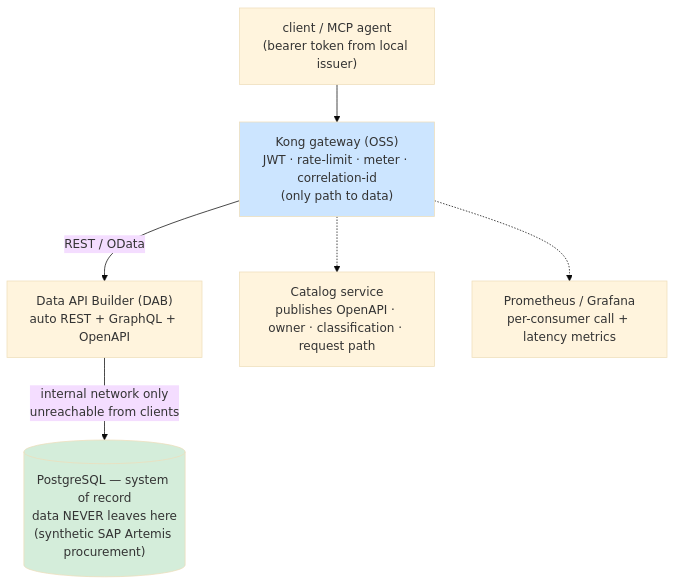
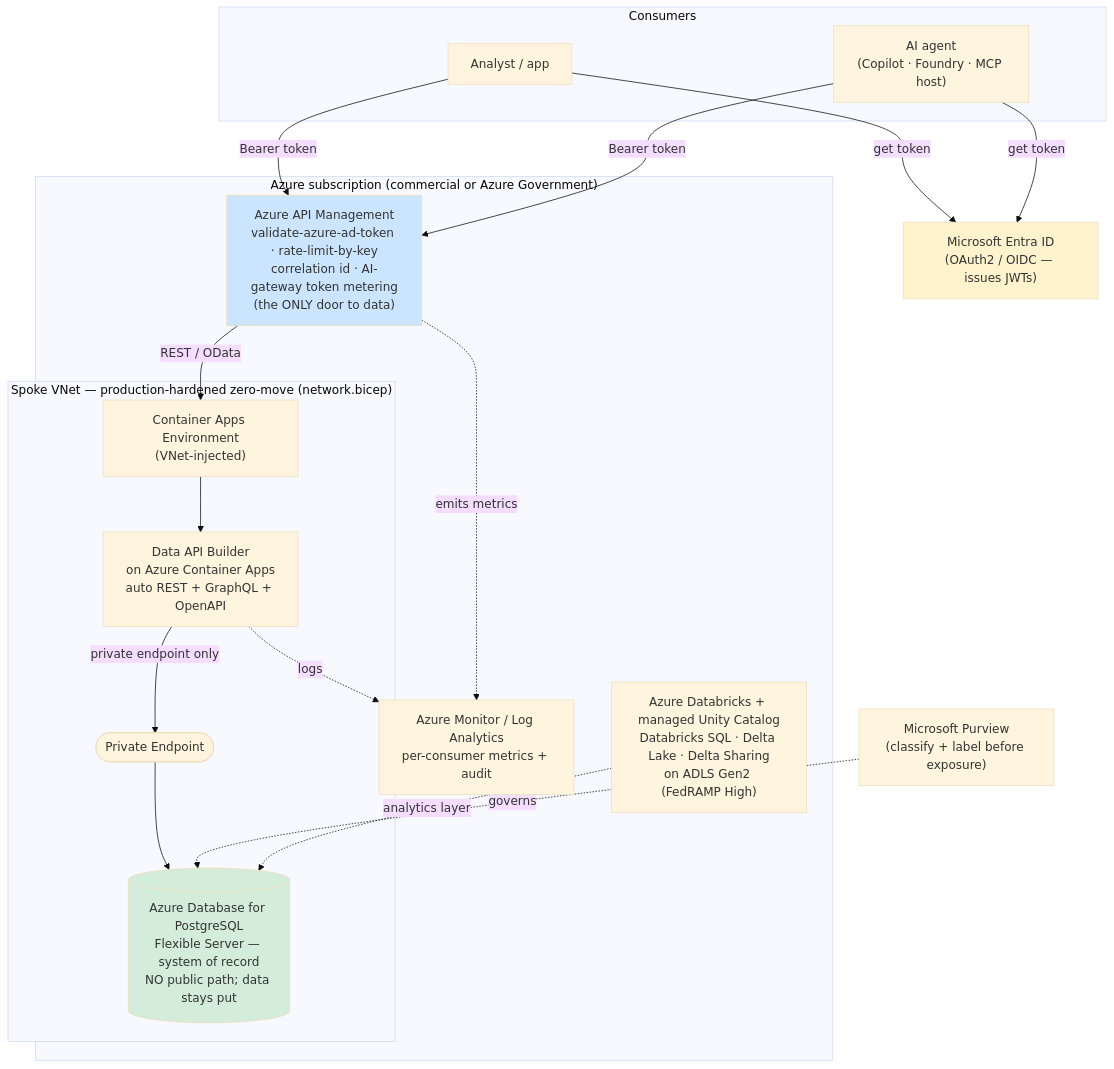
One commit to fgarofalo56/nasa-api-first-poc changed the first of 5 diagrams in docs/ARCHITECTURE.md. Above: the diagram before and after it, drawn with Mermaid (base theme). The commit also changed other lines of this file and 40 other files, not shown here.

First line of the commit message:
docs: Azure-first, teaching-grade documentation manual (multi-agent overhaul) (#12)

````diff
--- a/docs/ARCHITECTURE.md
+++ b/docs/ARCHITECTURE.md
@@ -28,16 +92,40 @@
 ```mermaid
-flowchart TD
-    CLI["client / MCP agent<br/>(bearer token from local issuer)"]
-    KONG["Kong gateway (OSS)<br/>JWT · rate-limit · meter · correlation-id<br/>(only path to data)"]
-    DAB["Data API Builder (DAB)<br/>auto REST + GraphQL + OpenAPI"]
-    PG[("PostgreSQL — system of record<br/>data NEVER leaves here<br/>(synthetic SAP Artemis procurement)")]
-    CAT["Catalog service<br/>publishes OpenAPI · owner · classification · request path"]
-    OBS["Prometheus / Grafana<br/>per-consumer call + latency metrics"]
-    CLI --> KONG
-    KONG -->|REST / OData| DAB
-    DAB -->|internal network only<br/>unreachable from clients| PG
-    KONG -.-> CAT
-    KONG -.-> OBS
-    style KONG fill:#cce5ff
+flowchart TB
+    subgraph consumers["Consumers"]
+        USER["Analyst / app"]
+        AGENT["AI agent<br/>(Copilot · Foundry · MCP host)"]
+    end
+
+    ENTRA["Microsoft Entra ID<br/>(OAuth2 / OIDC — issues JWTs)"]
+
+    subgraph azure["Azure subscription (commercial or Azure Government)"]
+        APIM["Azure API Management<br/>validate-azure-ad-token · rate-limit-by-key<br/>correlation id · AI-gateway token metering<br/>(the ONLY door to data)"]
+        subgraph vnet["Spoke VNet — production-hardened zero-move (network.bicep)"]
+            CAE["Container Apps Environment<br/>(VNet-injected)"]
+            DAB["Data API Builder<br/>on Azure Container Apps<br/>auto REST + GraphQL + OpenAPI"]
+            PE(["Private Endpoint"])
+            PG[("Azure Database for PostgreSQL<br/>Flexible Server — system of record<br/>NO public path; data stays put")]
+        end
+        MON["Azure Monitor / Log Analytics<br/>per-consumer metrics + audit"]
+        LAKE["Azure Databricks + managed Unity Catalog<br/>Databricks SQL · Delta Lake · Delta Sharing<br/>on ADLS Gen2 (FedRAMP High)"]
+    end
+
+    PURVIEW["Microsoft Purview<br/>(classify + label before exposure)"]
+
+    USER -->|get token| ENTRA
+    AGENT -->|get token| ENTRA
+    USER -->|"Bearer token"| APIM
+    AGENT -->|"Bearer token"| APIM
+    APIM -->|REST / OData| CAE
+    CAE --> DAB
+    DAB -->|private endpoint only| PE
+    PE --> PG
+    APIM -.emits metrics.-> MON
+    DAB -.logs.-> MON
+    PURVIEW -.governs.-> PG
+    LAKE -.analytics layer.-> PG
+
+    style APIM fill:#cce5ff
     style PG fill:#d4edda
+    style ENTRA fill:#fff3cd
 ```
````
